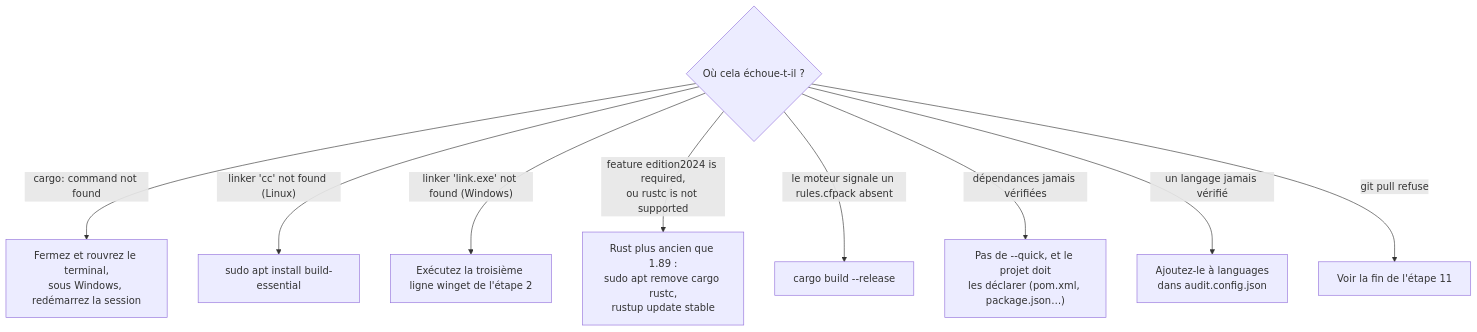
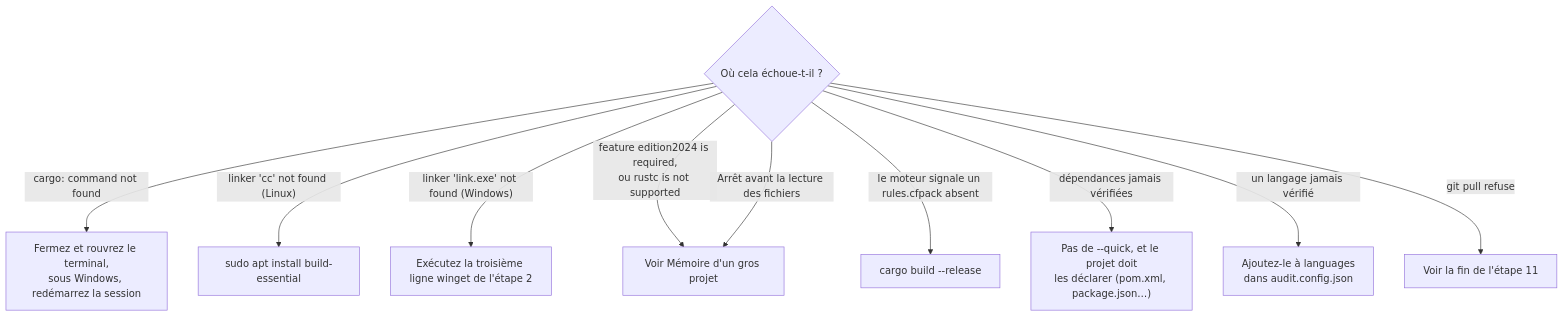
One commit to ka8t/codefixture-audit-public changed the eighth of 8 diagrams in INSTALLATION.fr.md. Above: the diagram before and after it, drawn with Mermaid. The commit also changed other lines of this file and 12 other files, not shown here.

````diff
--- a/INSTALLATION.fr.md
+++ b/INSTALLATION.fr.md
@@ -400,12 +414,13 @@
 ```mermaid
 flowchart TD
     P{"Où cela échoue-t-il ?"}
     P -- "cargo: command not found" --> A1["Fermez et rouvrez le terminal,<br/>sous Windows, redémarrez la session"]
     P -- "linker 'cc' not found (Linux)" --> A2["sudo apt install build-essential"]
     P -- "linker 'link.exe' not found (Windows)" --> A3["Exécutez la troisième ligne winget de l'étape 2"]
     P -- "feature edition2024 is required,<br/>ou rustc is not supported" --> A8["Rust plus ancien que 1.89 :<br/>sudo apt remove cargo rustc,<br/>rustup update stable"]
     P -- "le moteur signale un rules.cfpack absent" --> A4["cargo build --release"]
     P -- "dépendances jamais vérifiées" --> A5["Pas de --quick, et le projet doit<br/>les déclarer (pom.xml, package.json…)"]
     P -- "un langage jamais vérifié" --> A6["Ajoutez-le à languages<br/>dans audit.config.json"]
     P -- "git pull refuse" --> A7["Voir la fin de l'étape 11"]
+    P -- "Arrêt avant la lecture des fichiers" --> A8["Voir Mémoire d'un gros projet"]
 ```
````
